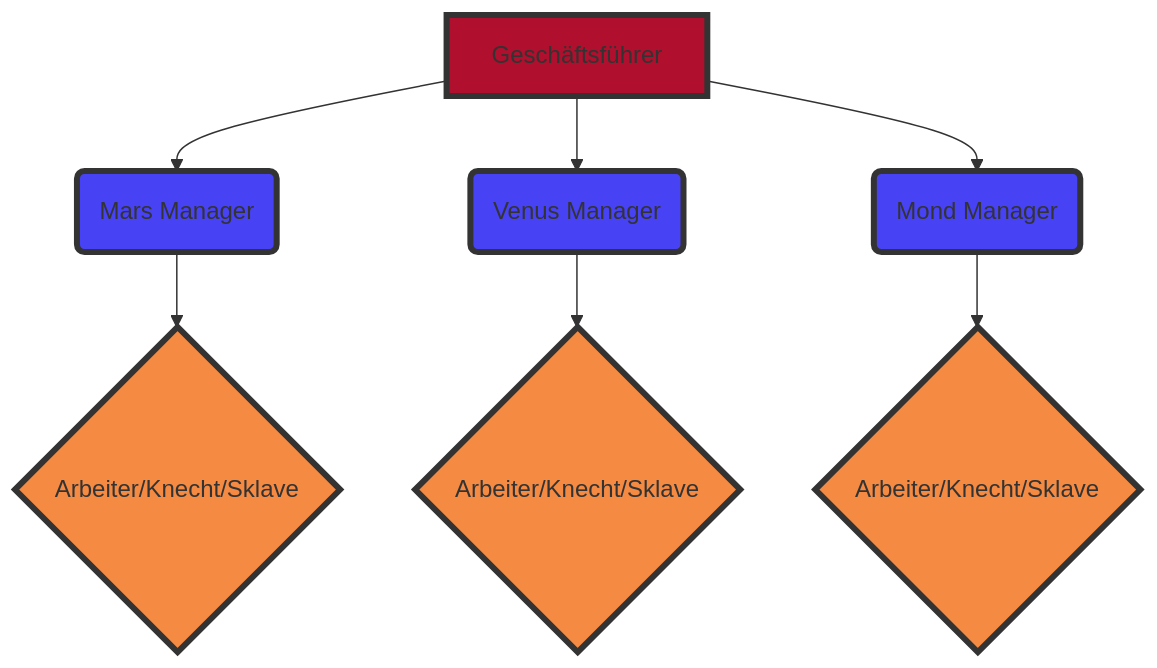
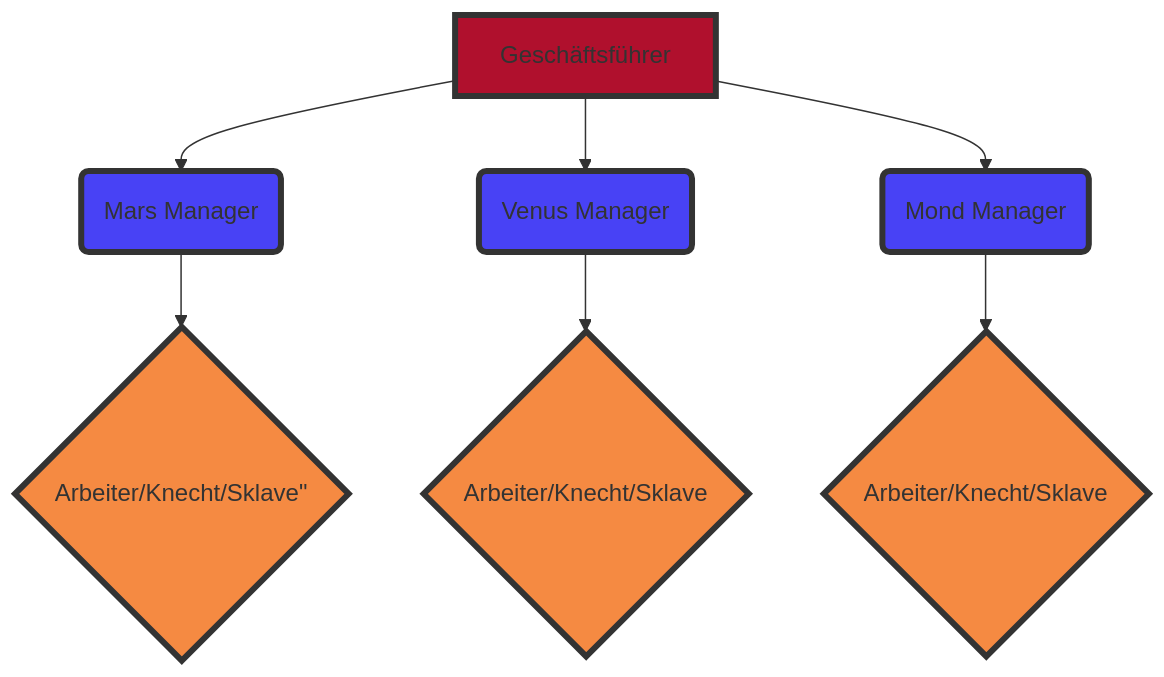
One commit to Team6IT26A/LF4 changed the diagram in Geltungsbereich.md. Above: the diagram before and after it, drawn with Mermaid.

````diff
--- a/Geltungsbereich.md
+++ b/Geltungsbereich.md
@@ -4,20 +4,20 @@
 ```mermaid
 graph TB
     A[Geschäftsführer]
     A --> B(Mars Manager)
     A --> C(Venus Manager)
     A --> D(Mond Manager)
-    E{Arbeiter/Knecht/Sklave}
+    E{"Arbeiter/Knecht/Sklave&quot;"}
     F{Arbeiter/Knecht/Sklave}
     G{Arbeiter/Knecht/Sklave}
     B --> E
     C --> F
     D --> G
 
     classDef red fill:#b0102d,stroke:#333,stroke-width:4px;
     classDef blue fill:#4842f5,stroke:#333,stroke-width:4px;
     classDef orange fill:#f58a42,stroke:#333,stroke-width:4px;
     class A red
     class B,C,D blue
     class E,F,G orange
 ```
````
